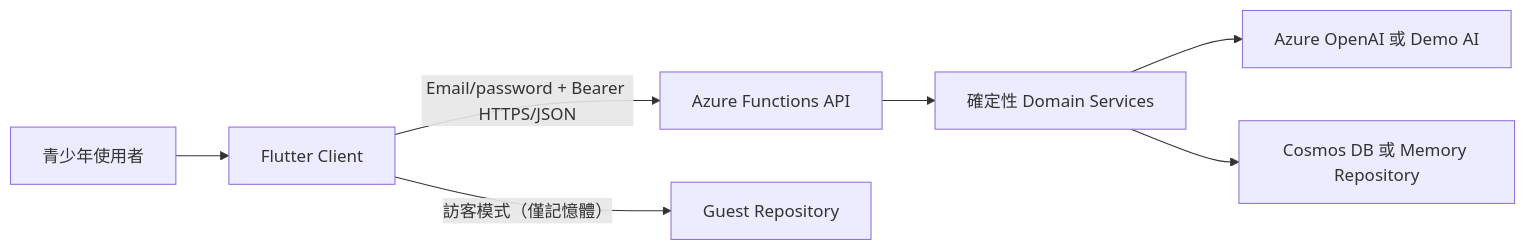
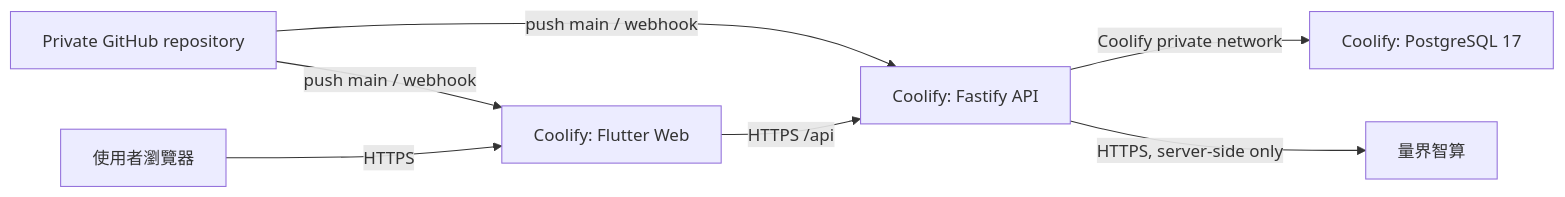
One commit to Sutdents-Project-Hub/FutureMint_AI changed the diagram in README.md. Above: the diagram before and after it, drawn with Mermaid. The commit also changed other lines of this file and 70 other files, not shown here.

````diff
--- a/README.md
+++ b/README.md
@@ -46,9 +29,9 @@
 ```mermaid
 flowchart LR
-    U["青少年使用者"] --> C["Flutter Client"]
-    C -->|"Email/password + Bearer HTTPS/JSON"| F["Azure Functions API"]
-    C -->|"訪客模式（僅記憶體）"| L["Guest Repository"]
-    F --> D["確定性 Domain Services"]
-    D --> A["Azure OpenAI 或 Demo AI"]
-    D --> R["Cosmos DB 或 Memory Repository"]
+    G["Private GitHub repository"] -->|"push main / webhook"| W["Coolify: Flutter Web"]
+    G -->|"push main / webhook"| A["Coolify: Fastify API"]
+    U["使用者瀏覽器"] -->|"HTTPS"| W
+    W -->|"HTTPS /api"| A
+    A -->|"Coolify private network"| P["Coolify: PostgreSQL 17"]
+    A -->|"HTTPS, server-side only"| L["量界智算"]
 ```
````
